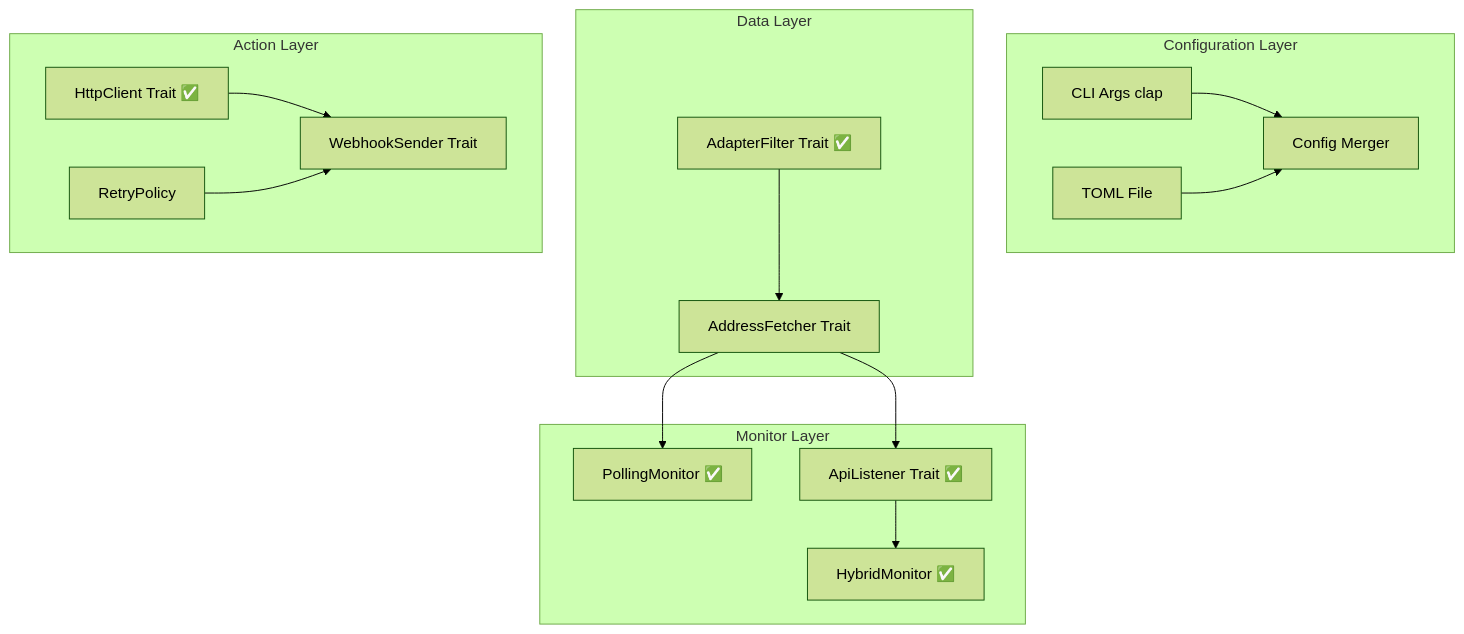
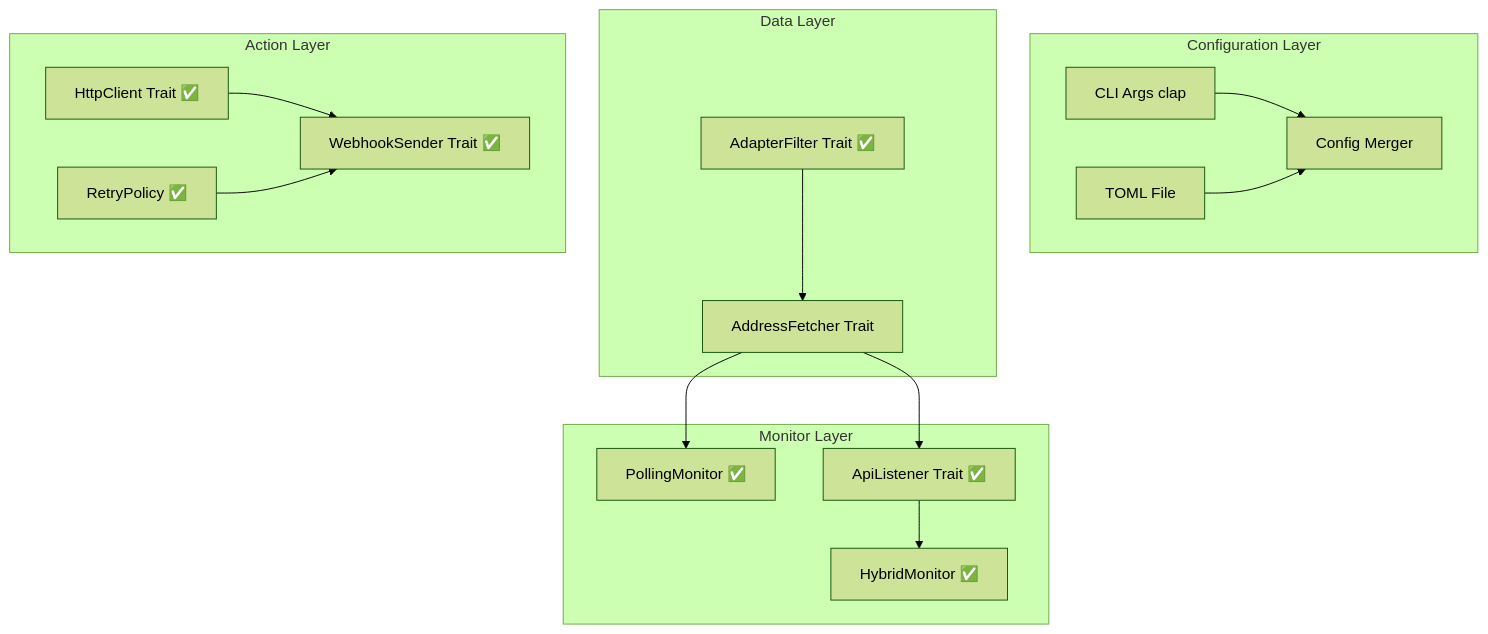
Before and after one commit to doraemonkeys/ddns-a: the diagram in docs/Implementation Plan.md, drawn with Mermaid (forest theme). The commit also changed other lines of this file and 7 other files, not shown here.

First line of the commit message:
Enhance webhook functionality with retry support and error handling

````diff
--- a/docs/Implementation Plan.md
+++ b/docs/Implementation Plan.md
@@ -13,34 +13,34 @@
 ```mermaid
 flowchart TB
     subgraph config [Configuration Layer]
         CLI[CLI Args clap]
         TOML[TOML File]
         Merge[Config Merger]
     end
     
     subgraph data [Data Layer]
         Fetcher[AddressFetcher Trait]
         Filter[AdapterFilter Trait ✅]
     end
     
     subgraph monitor [Monitor Layer]
         Poller[PollingMonitor ✅]
         ApiListener[ApiListener Trait ✅]
         Hybrid[HybridMonitor ✅]
     end
     
     subgraph action [Action Layer]
         HttpClient[HttpClient Trait ✅]
-        Sender[WebhookSender Trait]
-        Retry[RetryPolicy]
+        Sender[WebhookSender Trait ✅]
+        Retry[RetryPolicy ✅]
     end
     
     CLI --> Merge
     TOML --> Merge
     Filter --> Fetcher
     Fetcher --> Poller
     Fetcher --> ApiListener
     ApiListener --> Hybrid
     HttpClient --> Sender
     Retry --> Sender
 ```
````
